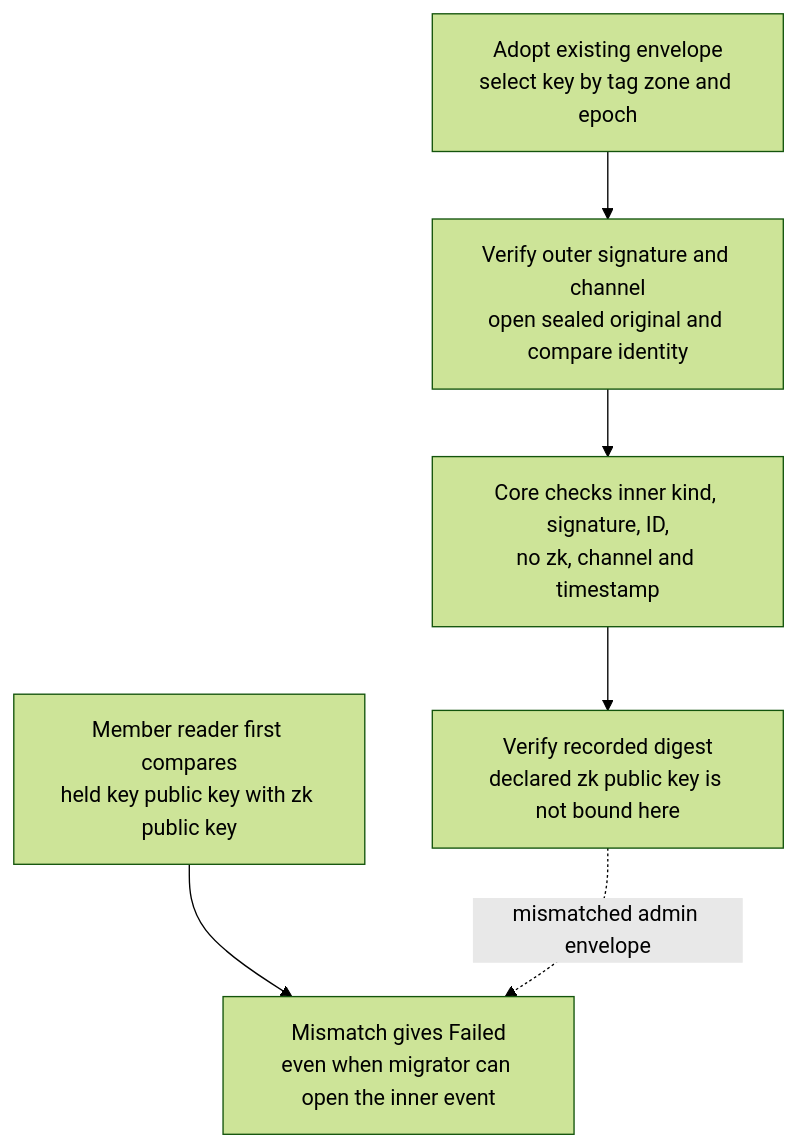
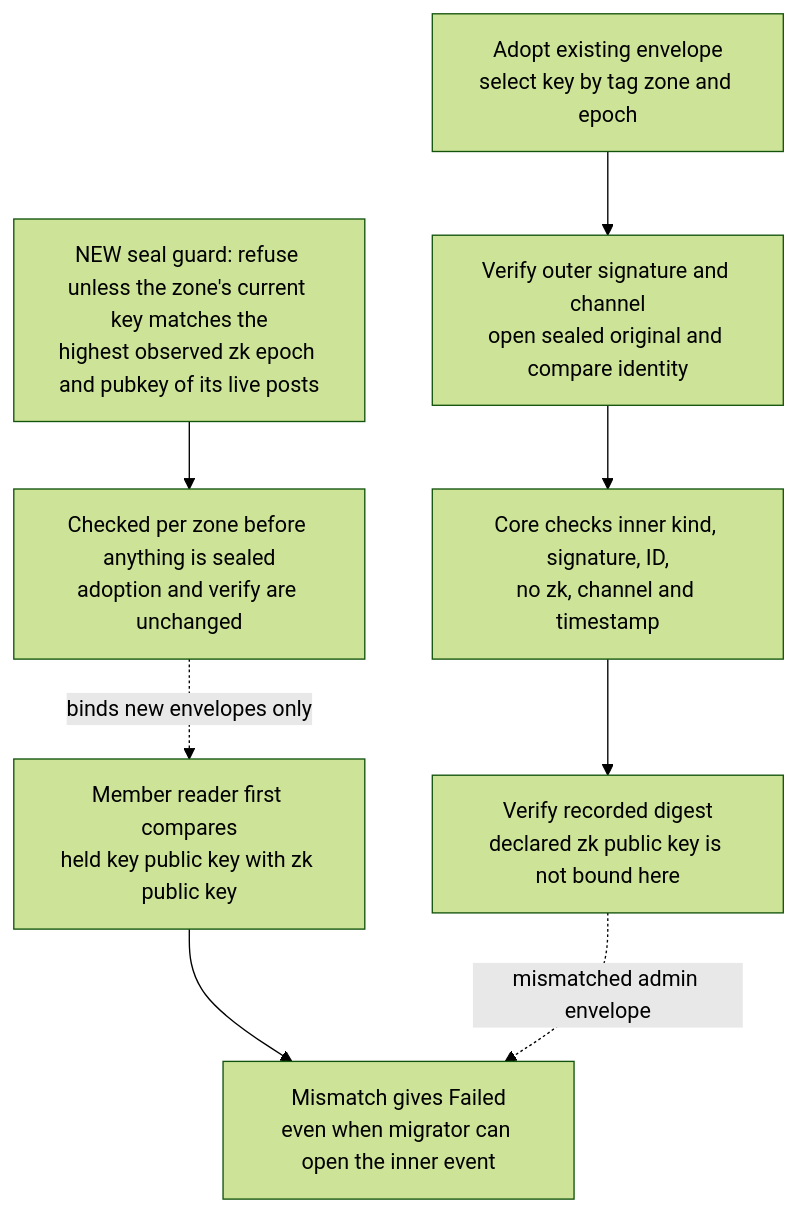
The second of 8 diagrams in docs/diagrams/nostr-rust-forum/26-sealed-history-migration-and-reader-contracts.md (DreamLab-AI/VisionFlow), drawn with Mermaid (forest theme) before and after one commit. The commit also changed other lines of this file, not shown here.

First line of the commit message:
docs(diagrams): re-verify NF-26 against nostr-rust-forum af4f0d5

````diff
--- a/docs/diagrams/nostr-rust-forum/26-sealed-history-migration-and-reader-contracts.md
+++ b/docs/diagrams/nostr-rust-forum/26-sealed-history-migration-and-reader-contracts.md
@@ -54,18 +59,24 @@
 ```mermaid
 flowchart TB
-    %% Source: ../nostr-rust-forum/crates/nostr-bbs-zone-migrate/src/engine.rs:566
+    %% Source: ../nostr-rust-forum/crates/nostr-bbs-zone-migrate/src/engine.rs:580
     A["Adopt existing envelope<br/>select key by tag zone and epoch"]
-    %% Source: ../nostr-rust-forum/crates/nostr-bbs-zone-migrate/src/engine.rs:544
+    %% Source: ../nostr-rust-forum/crates/nostr-bbs-zone-migrate/src/engine.rs:558
     O["Verify outer signature and channel<br/>open sealed original and compare identity"]
     %% Source: ../nostr-rust-forum/crates/nostr-bbs-core/src/sealed.rs:375
     I["Core checks inner kind, signature, ID,<br/>no zk, channel and timestamp"]
-    %% Source: ../nostr-rust-forum/crates/nostr-bbs-zone-migrate/src/engine.rs:654
+    %% Source: ../nostr-rust-forum/crates/nostr-bbs-zone-migrate/src/engine.rs:732
     V["Verify recorded digest<br/>declared zk public key is not bound here"]
-    %% Source: ../nostr-rust-forum/crates/nostr-bbs-forum-client/src/zone_crypto/mod.rs:489
+    %% Source: ../nostr-rust-forum/crates/nostr-bbs-forum-client/src/zone_crypto/mod.rs:565
     R["Member reader first compares<br/>held key public key with zk public key"]
-    %% Source: ../nostr-rust-forum/crates/nostr-bbs-forum-client/src/zone_crypto/mod.rs:490
+    %% Source: ../nostr-rust-forum/crates/nostr-bbs-forum-client/src/zone_crypto/mod.rs:566
     F["Mismatch gives Failed<br/>even when migrator can open the inner event"]
+    %% Source: ../nostr-rust-forum/crates/nostr-bbs-zone-migrate/src/engine.rs:611
+    K["NEW seal guard: refuse unless the zone's current key matches the<br/>highest observed zk epoch and pubkey of its live posts"]
+    %% Source: ../nostr-rust-forum/crates/nostr-bbs-zone-migrate/src/engine.rs:224
+    S["Checked per zone before anything is sealed<br/>adoption and verify are unchanged"]
     A --> O --> I --> V
+    K --> S
+    S -. binds new envelopes only .-> R
     R --> F
     V -. mismatched admin envelope .-> F
 ```
````
